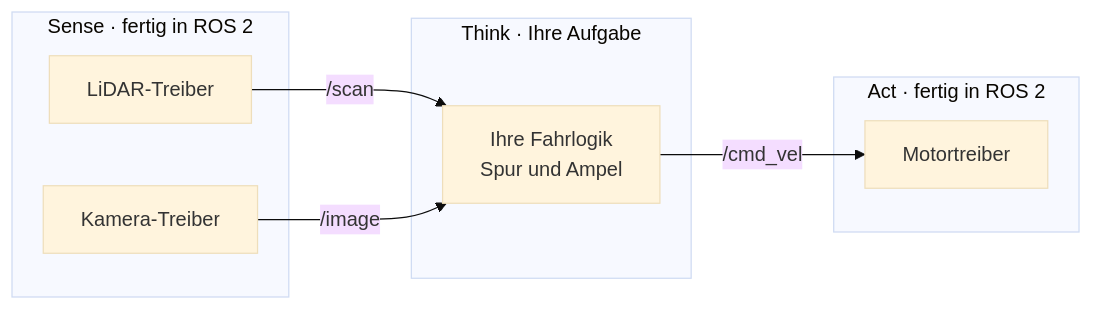
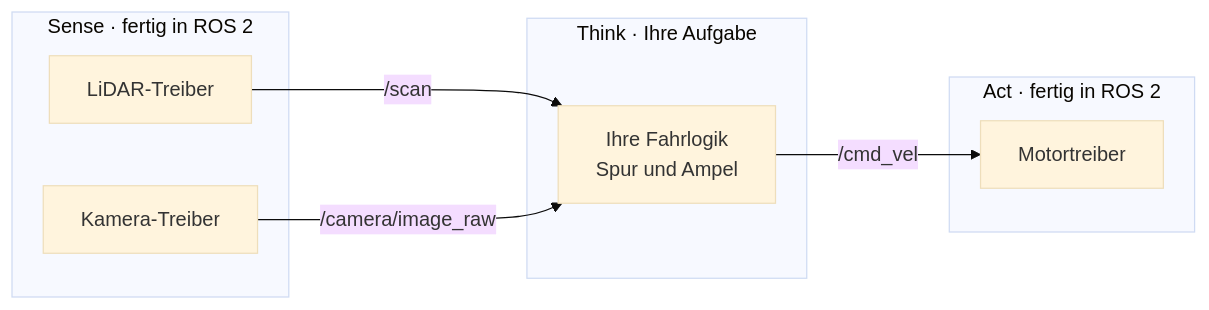
Before and after one commit to TUBAF-IfI-LiaScript/VL_SoftwareprojektRobotik: the third of 3 diagrams in 00_Einfuehrung/00_Einfuehrung.md, drawn with Mermaid (base theme). The commit also changed other lines of this file and 8 other files, not shown here.

````diff
--- a/00_Einfuehrung/00_Einfuehrung.md
+++ b/00_Einfuehrung/00_Einfuehrung.md
@@ -418,16 +418,16 @@
 ```mermaid @mermaid
 graph LR
     subgraph sense ["Sense · fertig in ROS 2"]
         L["LiDAR-Treiber"]
         K["Kamera-Treiber"]
     end
     subgraph think ["Think · Ihre Aufgabe"]
         F["Ihre Fahrlogik<br/>Spur und Ampel"]
     end
     subgraph act ["Act · fertig in ROS 2"]
         M["Motortreiber"]
     end
     L -- "/scan" --> F
-    K -- "/image" --> F
+    K -- "/camera/image_raw" --> F
     F -- "/cmd_vel" --> M
 ```
````
